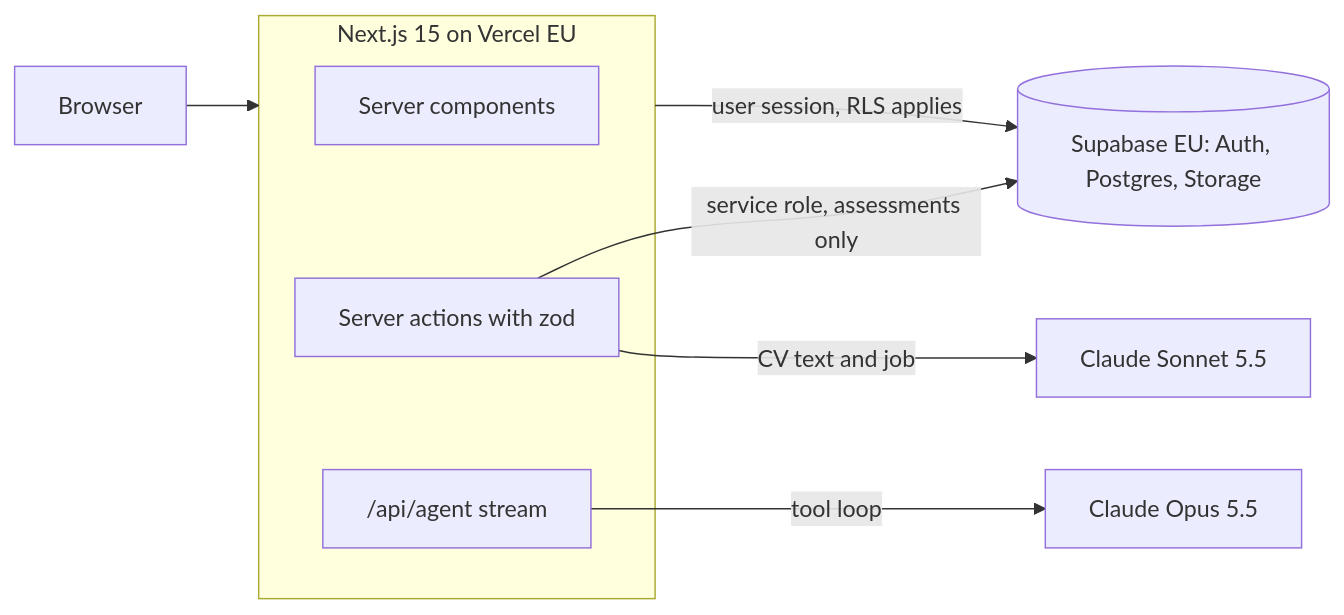
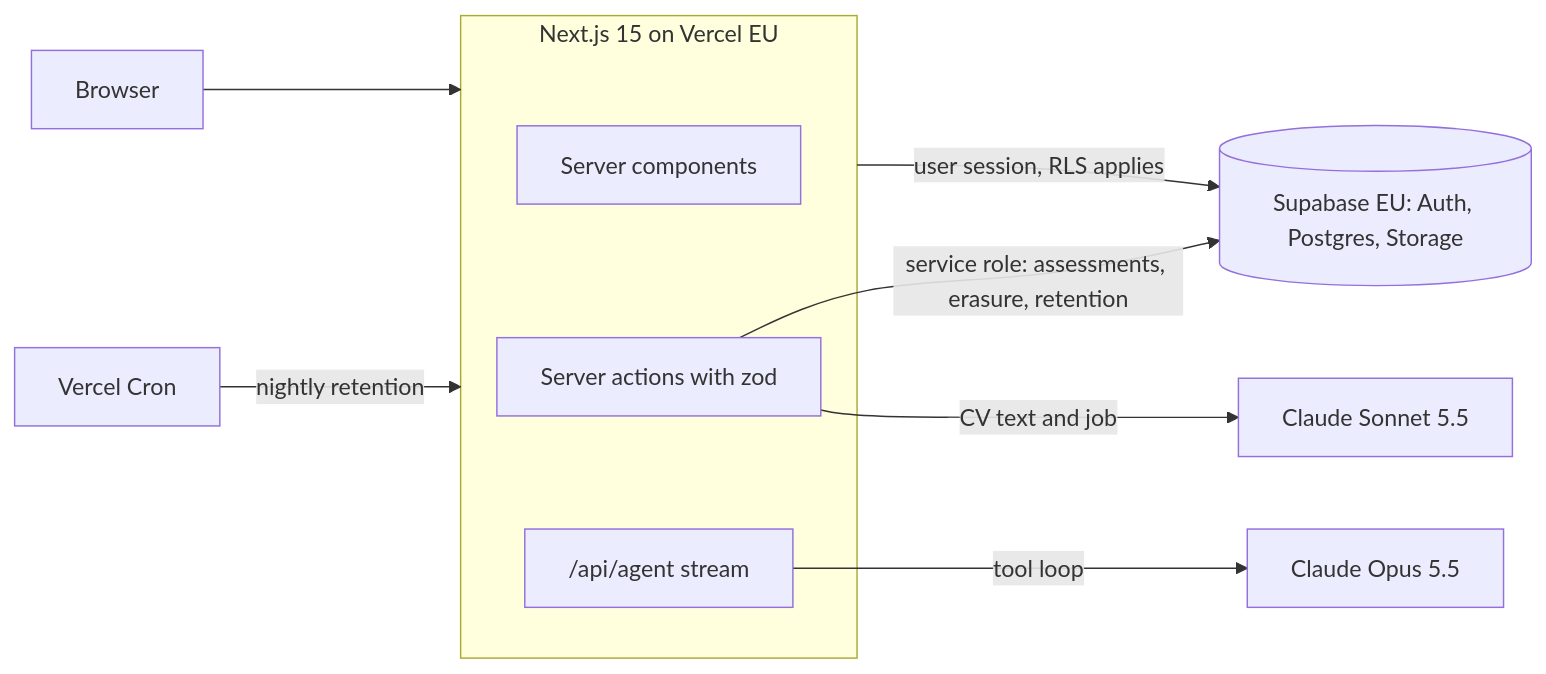
Before and after one commit to GHT4ngo/ATS: the diagram in README.md, drawn with Mermaid. The commit also changed other lines of this file and 4 other files, not shown here.

````diff
--- a/README.md
+++ b/README.md
@@ -74,13 +71,14 @@
 ```mermaid
 flowchart LR
   B[Browser] --> N
   subgraph N[Next.js 15 on Vercel EU]
     SC[Server components]
     SA[Server actions with zod]
     AG["/api/agent stream"]
   end
   N -->|user session, RLS applies| S[(Supabase EU: Auth, Postgres, Storage)]
-  SA -->|service role, assessments only| S
+  SA -->|service role: assessments, erasure, retention| S
   SA -->|CV text and job| C[Claude Sonnet 5.5]
+  CR[Vercel Cron] -->|nightly retention| N
   AG -->|tool loop| O[Claude Opus 5.5]
 ```
````
